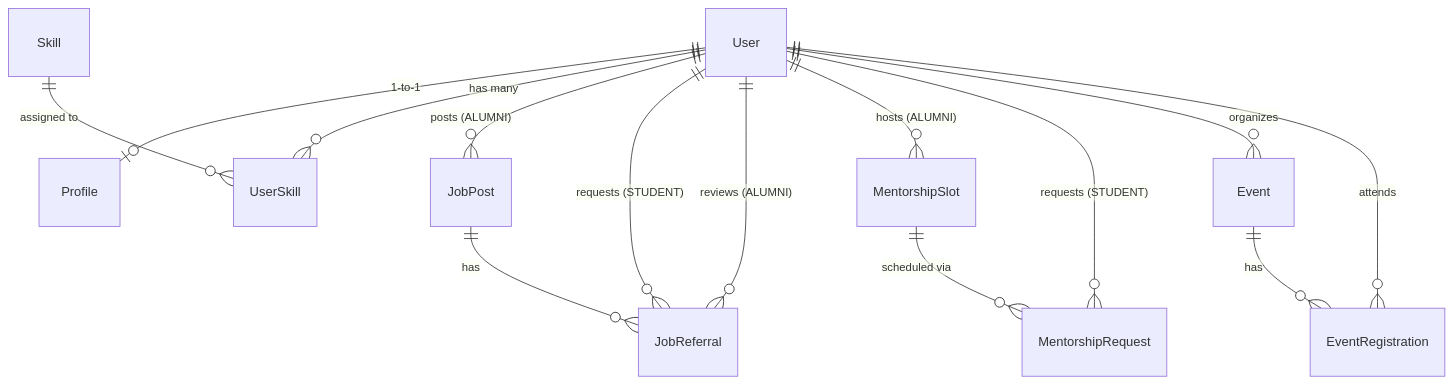
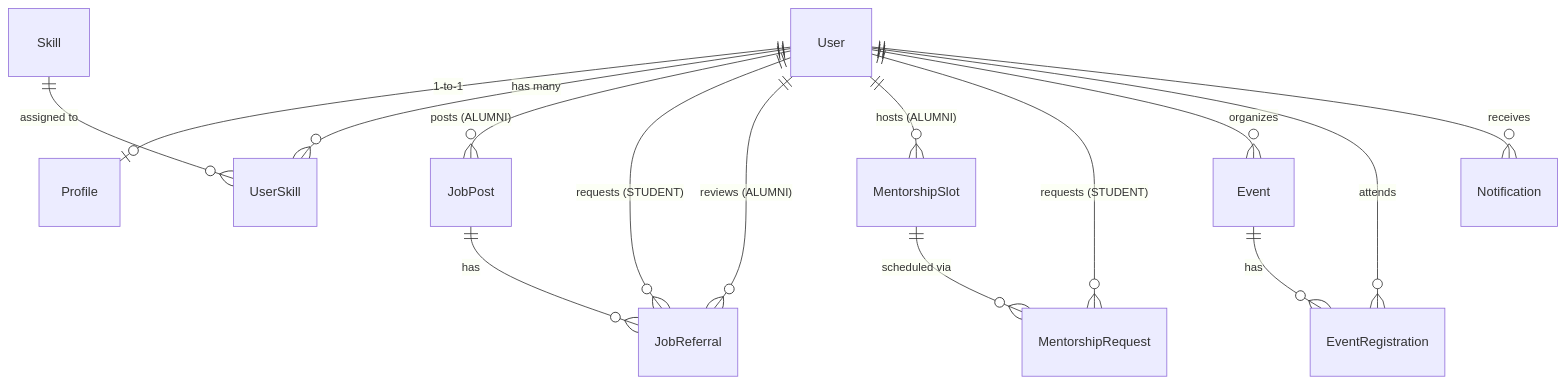
The second of 3 diagrams in README.md (Wombatfreak6/AlumniConnect), drawn with Mermaid before and after one commit. The commit also changed other lines of this file and 7 other files, not shown here.

````diff
--- a/README.md
+++ b/README.md
@@ -259,16 +274,17 @@
 ```mermaid
 erDiagram
     User ||--o| Profile : "1-to-1"
     User ||--o{ UserSkill : "has many"
     Skill ||--o{ UserSkill : "assigned to"
     User ||--o{ JobPost : "posts (ALUMNI)"
     JobPost ||--o{ JobReferral : "has"
     User ||--o{ JobReferral : "requests (STUDENT)"
     User ||--o{ JobReferral : "reviews (ALUMNI)"
     User ||--o{ MentorshipSlot : "hosts (ALUMNI)"
     MentorshipSlot ||--o{ MentorshipRequest : "scheduled via"
     User ||--o{ MentorshipRequest : "requests (STUDENT)"
     User ||--o{ Event : "organizes"
     Event ||--o{ EventRegistration : "has"
     User ||--o{ EventRegistration : "attends"
+    User ||--o{ Notification : "receives"
 ```
````
